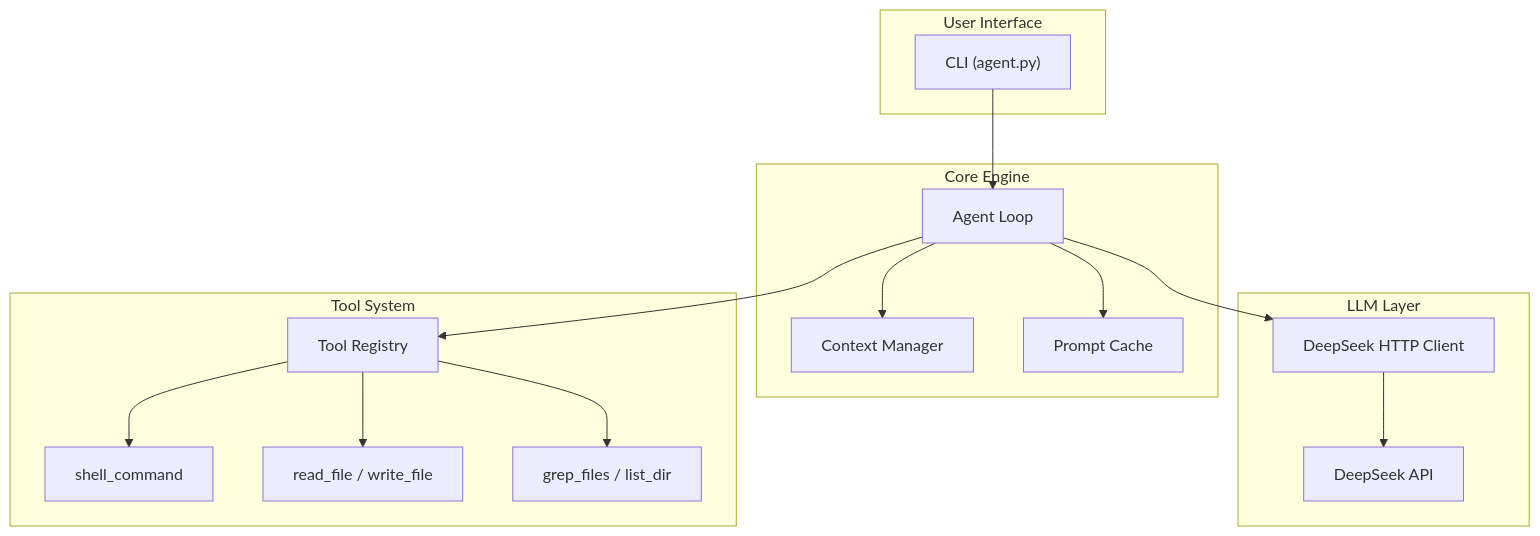
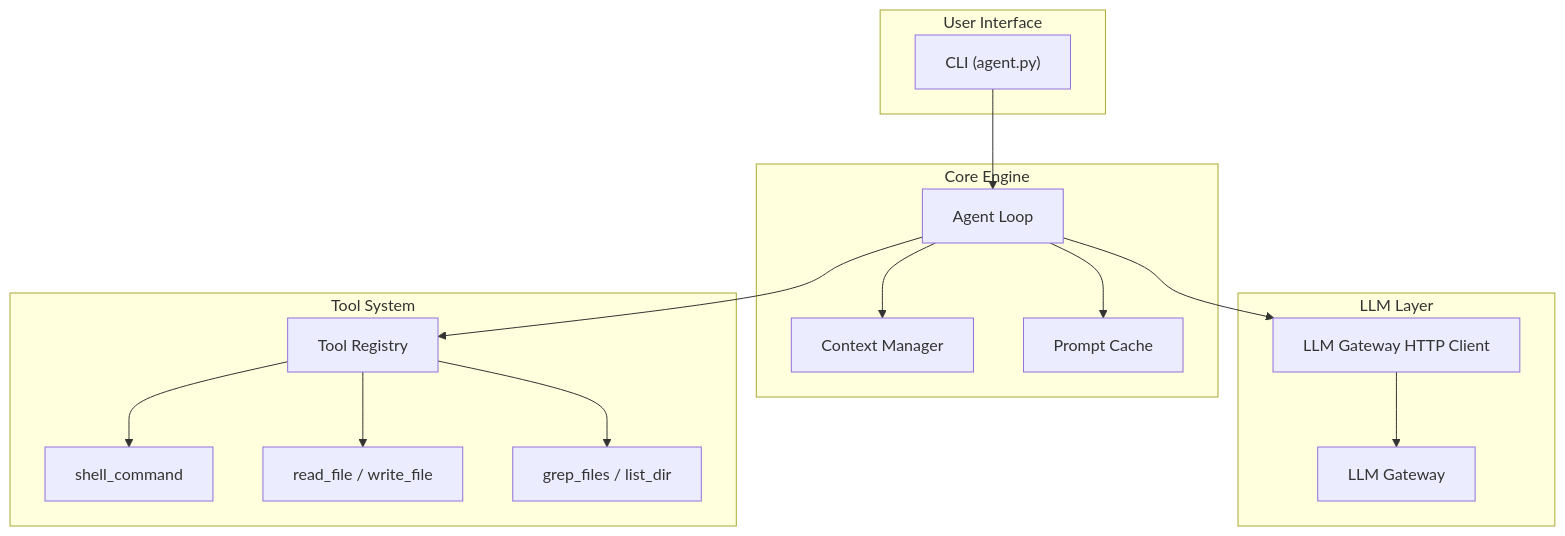
Before and after one commit to BaseIntelligence/baseagent: the diagram in docs/README.md, drawn with Mermaid. The commit also changed other lines of this file and 24 other files, not shown here.

First line of the commit message:
feat(llm): route agent through the platform LLM gateway (drop DeepSeek)

````diff
--- a/docs/README.md
+++ b/docs/README.md
@@ -52,34 +48,34 @@
 ```mermaid
 graph TB
     subgraph User["User Interface"]
         CLI["CLI (agent.py)"]
     end
     
     subgraph Core["Core Engine"]
         Loop["Agent Loop"]
         Context["Context Manager"]
         Cache["Prompt Cache"]
     end
     
     subgraph LLM["LLM Layer"]
-        Client["DeepSeek HTTP Client"]
-        Provider["DeepSeek API"]
+        Client["LLM Gateway HTTP Client"]
+        Provider["LLM Gateway"]
     end
     
     subgraph Tools["Tool System"]
         Registry["Tool Registry"]
         Shell["shell_command"]
         Files["read_file / write_file"]
         Search["grep_files / list_dir"]
     end
     
     CLI --> Loop
     Loop --> Context
     Loop --> Cache
     Loop --> Client
     Client --> Provider
     Loop --> Registry
     Registry --> Shell
     Registry --> Files
     Registry --> Search
 ```
````
